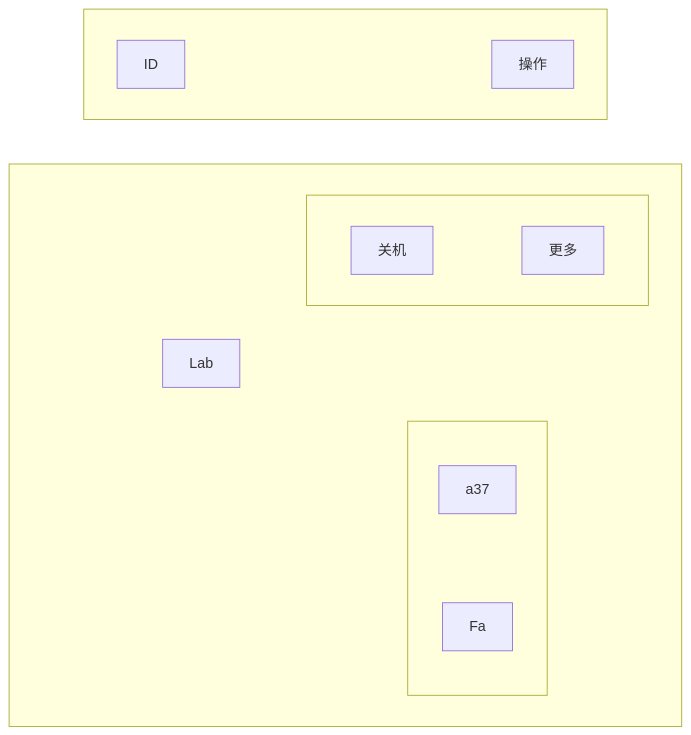
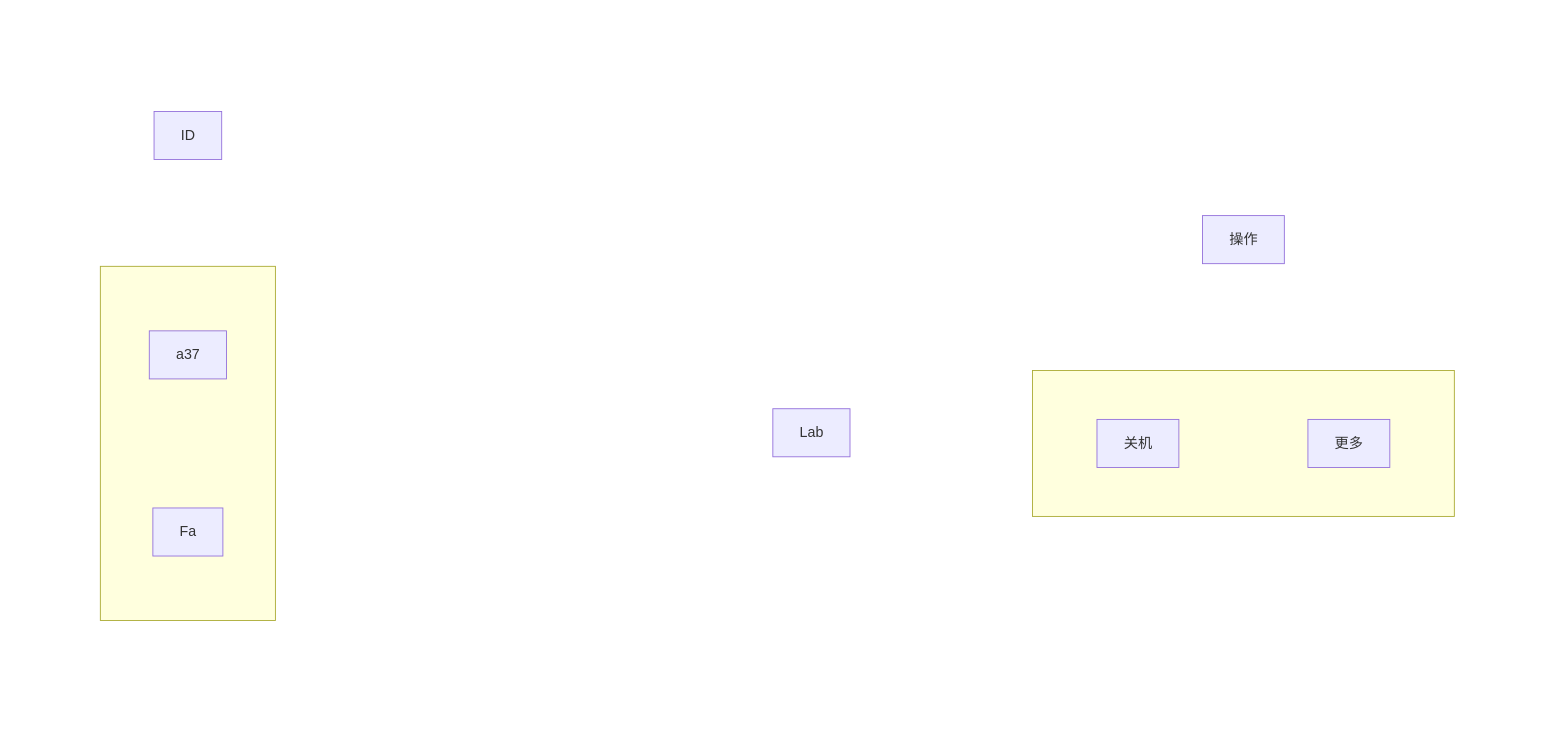
The diagram in EgFaS.md (ShengNW/Rehearsal), drawn with Mermaid before and after one commit.

````diff
--- a/EgFaS.md
+++ b/EgFaS.md
@@ -1,27 +1,63 @@
 ```mermaid
+%%{init: {"flowchart": {"nodeSpacing": 90, "rankSpacing": 70}}}%%
 flowchart TB
-  subgraph R1[" "]
-    direction LR
-    ID["ID"] ~~~ S1[" "] ~~~ S2[" "] ~~~ OP["操作"]
+
+classDef ghost fill:transparent,stroke:transparent,color:transparent;
+
+subgraph GRID[" "]
+  direction LR
+
+  subgraph COL1[" "]
+    direction TB
+    ID["ID"]
+
+    subgraph G1[" "]
+      direction TB
+      A["a37"]
+      B["Fa"]
+      A ~~~ B
+    end
+
+    ID ~~~ A
   end
 
-  subgraph R2[" "]
-    direction LR
-    subgraph G1[" "]
-      direction TB
-      A["a37"] ~~~ B["Fa"]
-    end
-    S3[" "] ~~~ LAB["Lab"] ~~~ S4[" "]
+  subgraph COL2[" "]
+    direction TB
+    DOTS1["...................."]
+    DOTS2["...................."]
+    DOTS1 ~~~ DOTS2
+    class DOTS1,DOTS2 ghost
+  end
+
+  subgraph COL3[" "]
+    direction TB
+    SP[" "]
+    LAB["Lab"]
+    SP ~~~ LAB
+    class SP ghost
+  end
+
+  subgraph COL4[" "]
+    direction TB
+    OP["操作"]
+
     subgraph G2[" "]
       direction LR
-      OFF["关机"] ~~~ MORE["更多"]
+      OFF["关机"]
+      MORE["更多"]
+      OFF ~~~ MORE
     end
+
+    OP ~~~ OFF
   end
 
-  ID ~~~ A
-  S2 ~~~ LAB
-  OP ~~~ OFF
+  COL1 ~~~ COL2 ~~~ COL3 ~~~ COL4
+end
 
-  classDef ghost fill:transparent,stroke:transparent,color:transparent;
-  class S1,S2,S3,S4 ghost;
+style GRID fill:transparent,stroke:transparent;
+style COL1 fill:transparent,stroke:transparent;
+style COL2 fill:transparent,stroke:transparent;
+style COL3 fill:transparent,stroke:transparent;
+style COL4 fill:transparent,stroke:transparent;
+
 ```
````
